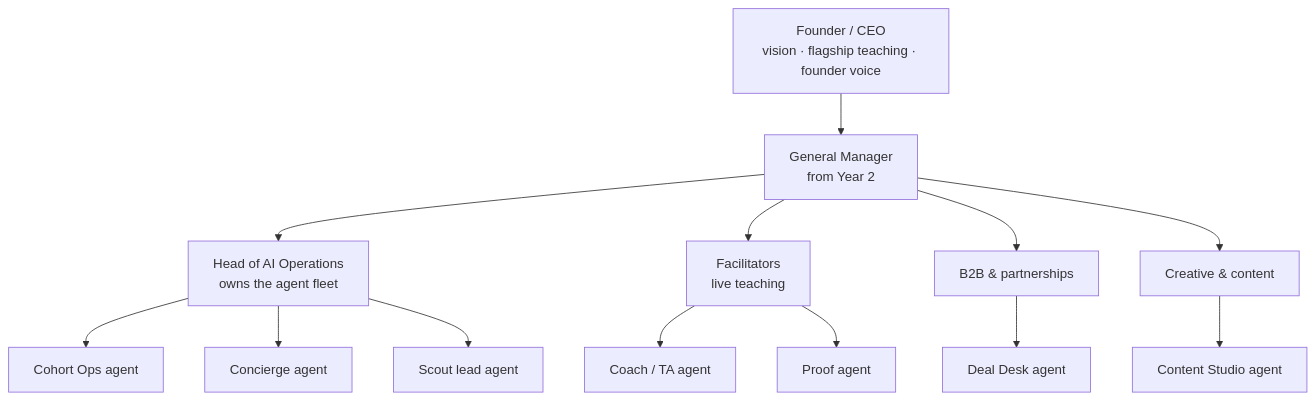
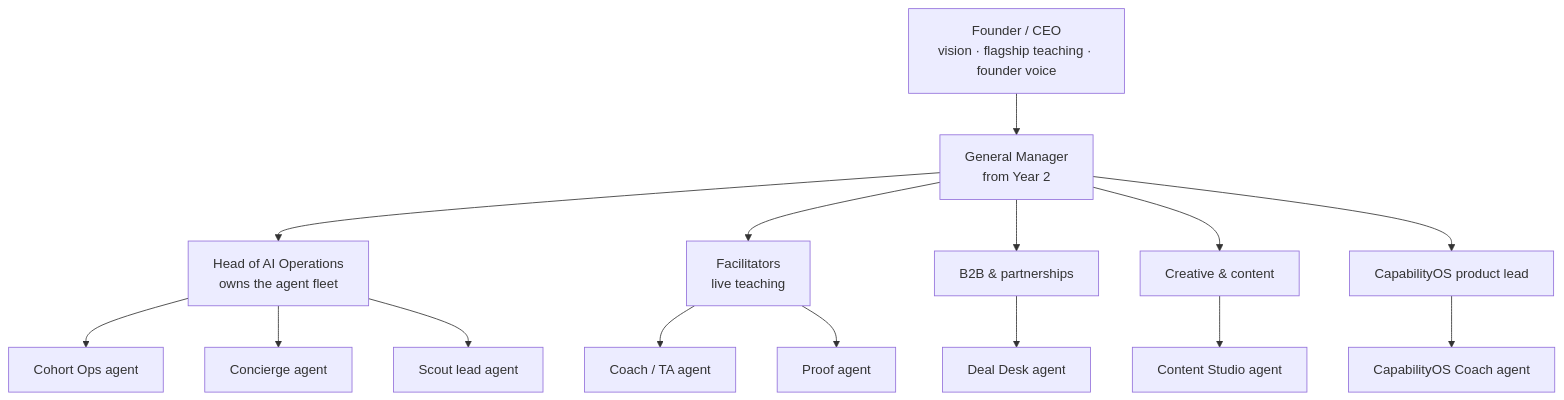
The diagram in ai-operations/overview.mdx (altafr/weekendaiplan), drawn with Mermaid before and after one commit. The commit also changed other lines of this file and 27 other files, not shown here.

````diff
--- a/ai-operations/overview.mdx
+++ b/ai-operations/overview.mdx
@@ -52,18 +52,20 @@
 ```mermaid
 flowchart TB
   F[Founder / CEO<br/>vision · flagship teaching · founder voice]
   GM[General Manager<br/>from Year 2]
   OPS[Head of AI Operations<br/>owns the agent fleet]
   F --> GM
   GM --> OPS
   GM --> FAC[Facilitators<br/>live teaching]
   GM --> B2B[B2B & partnerships]
   GM --> CRE[Creative & content]
   OPS --> A1[Cohort Ops agent]
   OPS --> A2[Concierge agent]
   OPS --> A3[Scout lead agent]
   FAC --> A4[Coach / TA agent]
+  GM --> CAP[CapabilityOS product lead]
+  CAP --> A8[CapabilityOS Coach agent]
   FAC --> A5[Proof agent]
   CRE --> A6[Content Studio agent]
   B2B --> A7[Deal Desk agent]
 ```
````
